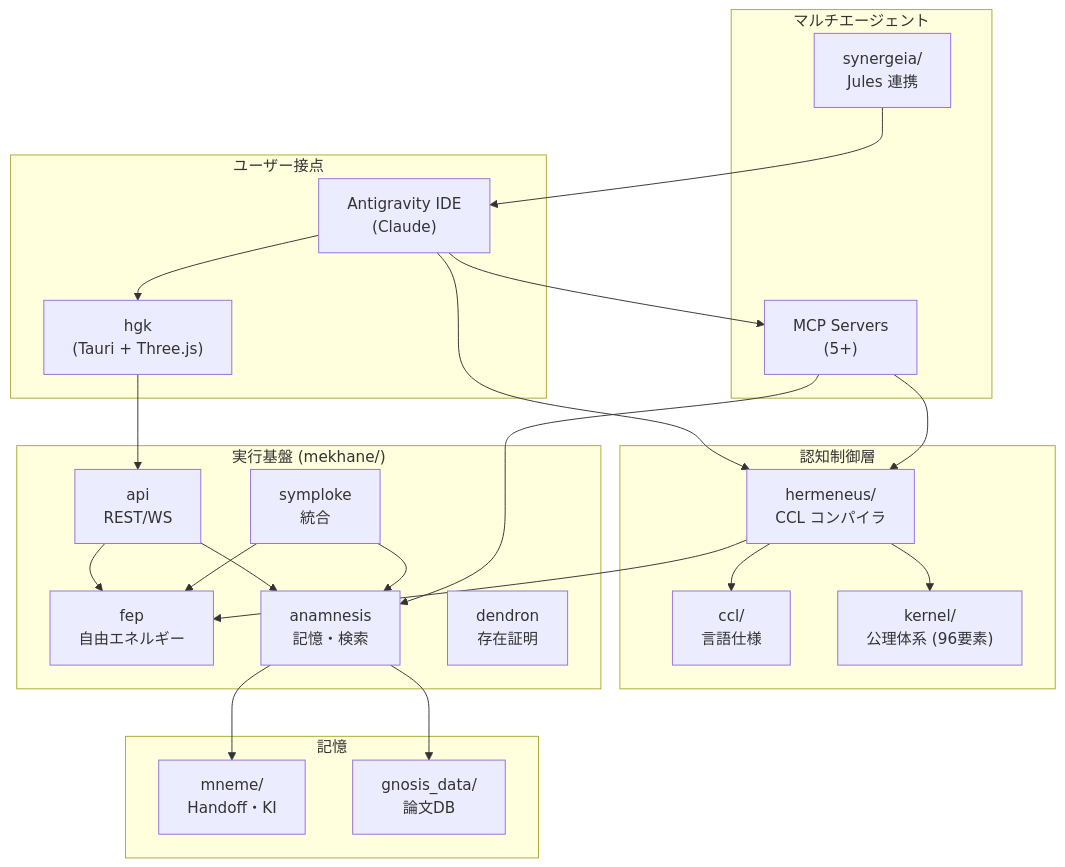
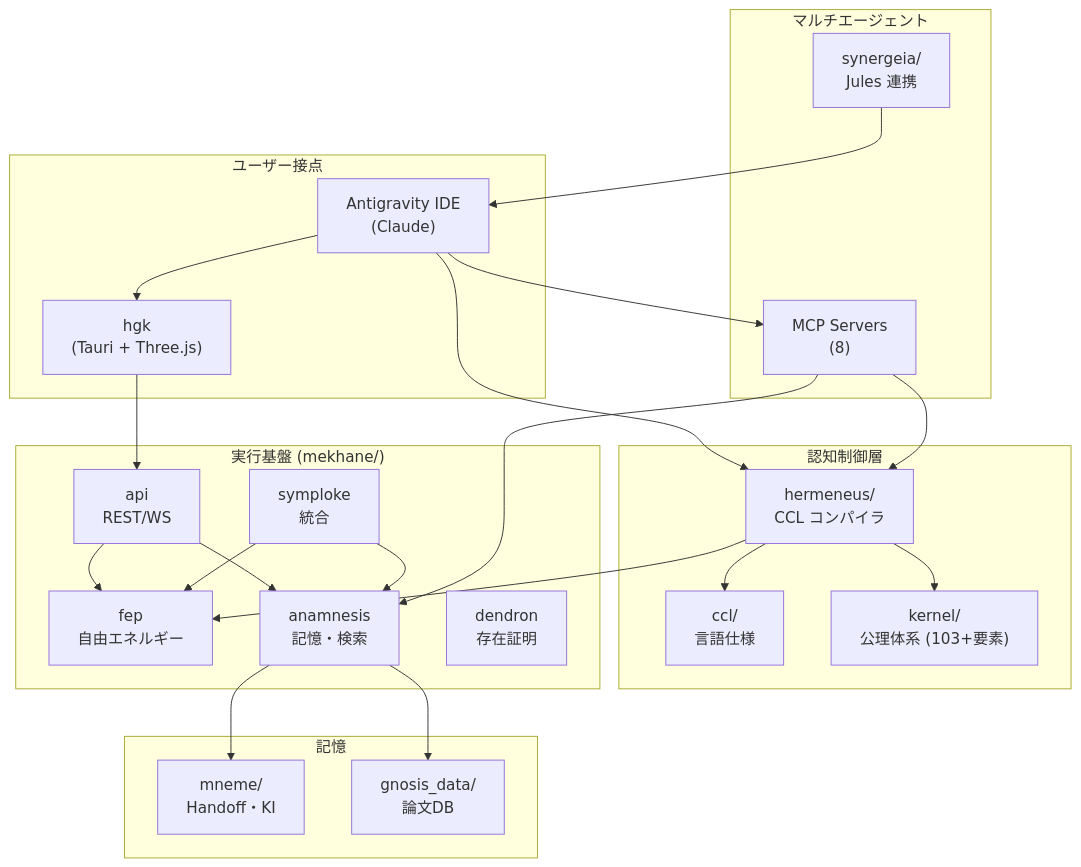
One commit to laihuip001/hegemonikon changed the diagram in ARCHITECTURE.md. Above: the diagram before and after it, drawn with Mermaid. The commit also changed other lines of this file and 222 other files, not shown here.

````diff
--- a/ARCHITECTURE.md
+++ b/ARCHITECTURE.md
@@ -10,48 +19,48 @@
 ```mermaid
 graph TB
     subgraph "ユーザー接点"
         IDE["Antigravity IDE<br>(Claude)"]
         DT["hgk<br>(Tauri + Three.js)"]
     end
 
     subgraph "認知制御層"
         HRM["hermeneus/<br>CCL コンパイラ"]
         CCL["ccl/<br>言語仕様"]
-        KRN["kernel/<br>公理体系 (96要素)"]
+        KRN["kernel/<br>公理体系 (103+要素)"]
     end
 
     subgraph "実行基盤 (mekhane/)"
         SYM["symploke<br>統合"]
         FEP["fep<br>自由エネルギー"]
         ANA["anamnesis<br>記憶・検索"]
         API["api<br>REST/WS"]
         DEN["dendron<br>存在証明"]
     end
 
     subgraph "マルチエージェント"
         SYN["synergeia/<br>Jules 連携"]
-        MCP["MCP Servers<br>(5+)"]
+        MCP["MCP Servers<br>(8)"]
     end
 
     subgraph "記憶"
         MNM["mneme/<br>Handoff・KI"]
         GNO["gnosis_data/<br>論文DB"]
     end
 
     IDE --> HRM
     IDE --> MCP
     IDE --> DT
     HRM --> CCL
     HRM --> KRN
     HRM --> FEP
     DT --> API
     API --> ANA
     API --> FEP
     SYM --> ANA
     SYM --> FEP
     MCP --> ANA
     MCP --> HRM
     SYN --> IDE
     ANA --> MNM
     ANA --> GNO
 ```
````
